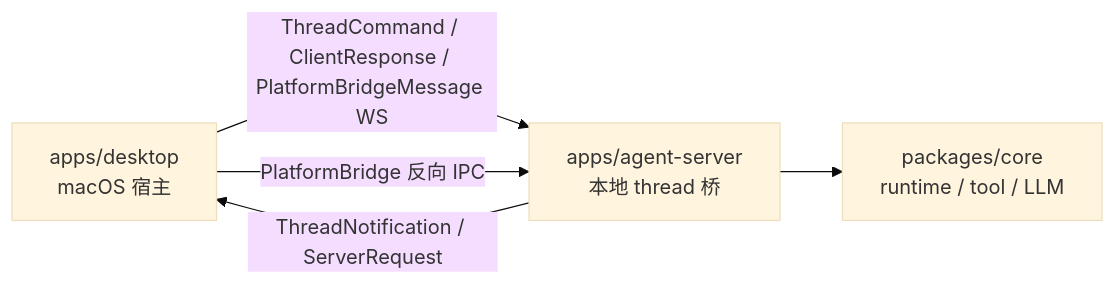
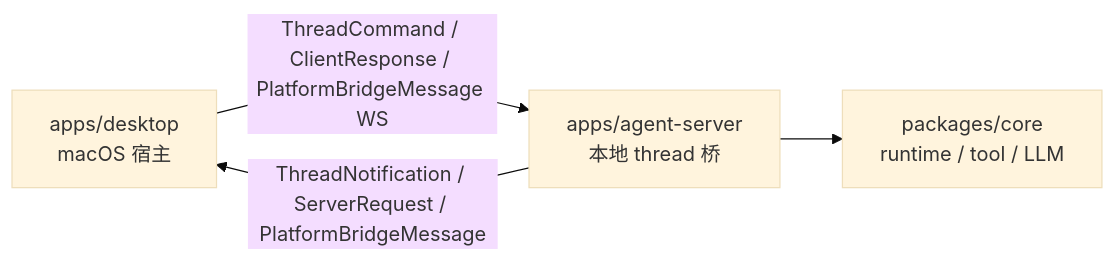
The diagram in apps/apps.md (Lixuhang987/SpotAgent), drawn with Mermaid (base theme) before and after one commit. The commit also changed other lines of this file and 22 other files, not shown here.

````diff
--- a/apps/apps.md
+++ b/apps/apps.md
@@ -14,7 +14,6 @@
 ```mermaid
 flowchart LR
   A[apps/desktop<br/>macOS 宿主] -->|ThreadCommand / ClientResponse / PlatformBridgeMessage WS| B[apps/agent-server<br/>本地 thread 桥]
-  B -->|ThreadNotification / ServerRequest| A
+  B -->|ThreadNotification / ServerRequest / PlatformBridgeMessage| A
   B --> C[packages/core<br/>runtime / tool / LLM]
-  A -->|PlatformBridge 反向 IPC| B
 ```
````
